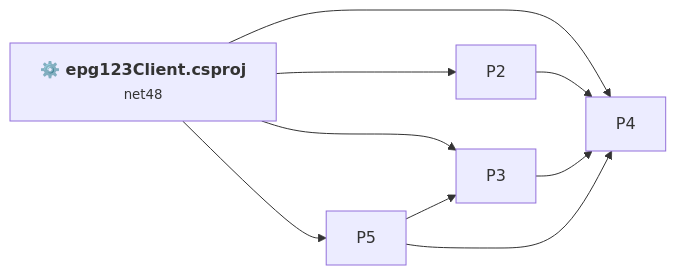
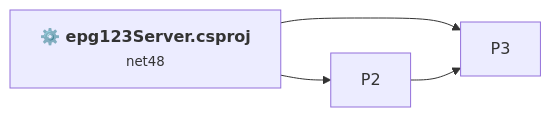
The first of 2 diagrams in .github/upgrades/scenarios/dotnet-version-upgrade/assessment.md (Kev506/epg123), drawn with Mermaid before and after one commit. The commit also changed other lines of this file and 20 other files, not shown here.

Commit message:
upgrade: upgrade tokenServer to .NET 10

````diff
--- a/.github/upgrades/scenarios/dotnet-version-upgrade/assessment.md
+++ b/.github/upgrades/scenarios/dotnet-version-upgrade/assessment.md
@@ -149,14 +111,9 @@
 ```mermaid
 flowchart LR
-    P1["<b>⚙️&nbsp;epg123Client.csproj</b><br/><small>net48</small>"]
+    P1["<b>⚙️&nbsp;epg123Server.csproj</b><br/><small>net48</small>"]
     P1 --> P2
     P1 --> P3
-    P1 --> P4
-    P1 --> P5
-    P2 --> P4
-    P3 --> P4
-    P5 --> P3
-    P5 --> P4
-    click P1 "#epg123clientcsproj"
+    P2 --> P3
+    click P1 "#epg123servercsproj"
 
 ```
````
